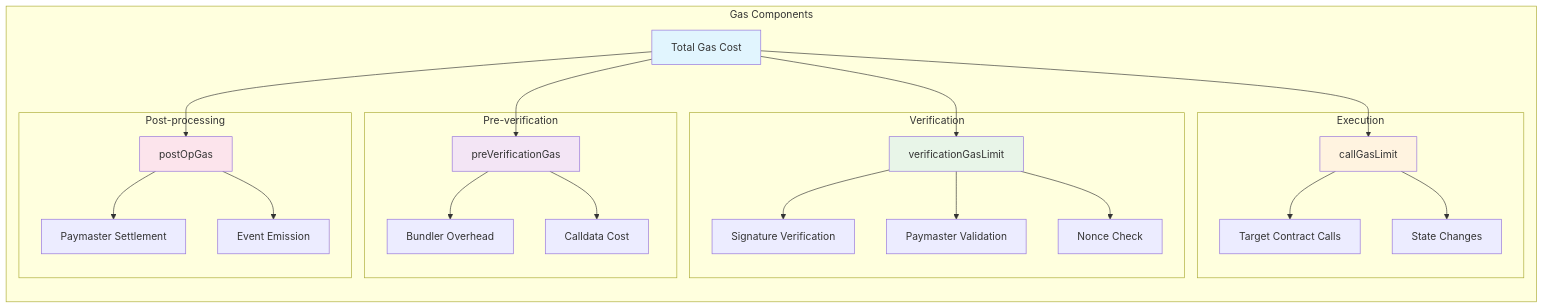
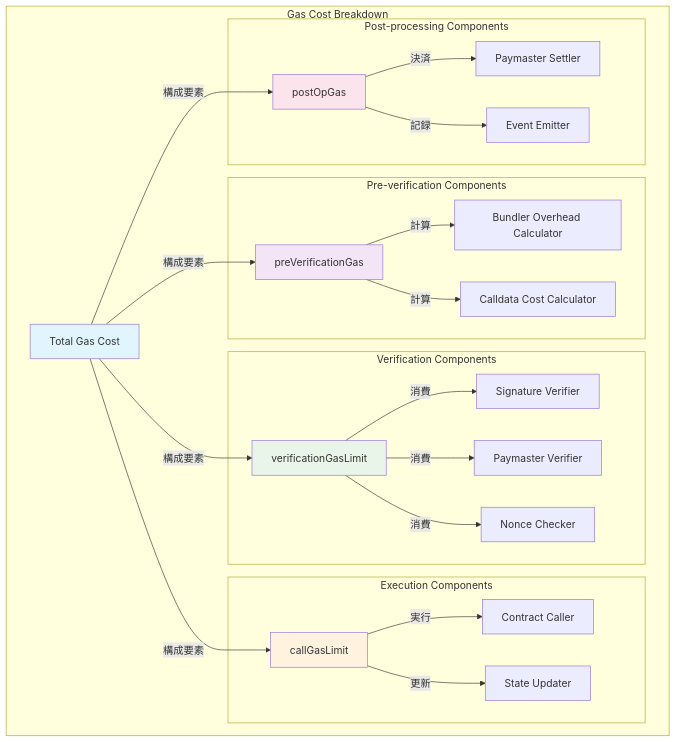
One commit to TMdiesel/dapps changed the fifth of 7 diagrams in aa/.serena/memories/research/aa_components_detailed.md. Above: the diagram before and after it, drawn with Mermaid. The commit also changed other lines of this file and 1 other file, not shown here.

Commit message:
feat: Add Mermaid design rules and improve Account Abstraction documentation

````diff
--- a/aa/.serena/memories/research/aa_components_detailed.md
+++ b/aa/.serena/memories/research/aa_components_detailed.md
@@ -458,52 +260,55 @@
 ```mermaid
-graph LR
-    subgraph "Gas Components"
-        TOTAL[Total Gas Cost]
+graph TD
+    subgraph "Gas Cost Breakdown"
+        TOTAL_GAS[Total Gas Cost]
         
-        subgraph "Pre-verification"
-            PRE[preVerificationGas]
-            PRE1[Bundler Overhead]
-            PRE2[Calldata Cost]
+        subgraph "Pre-verification Components"
+            PRE_GAS[preVerificationGas]
+            BUNDLER_OVERHEAD[Bundler Overhead Calculator]
+            CALLDATA_COST[Calldata Cost Calculator]
         end
         
-        subgraph "Verification"
-            VER[verificationGasLimit]
-            VER1[Signature Verification]
-            VER2[Paymaster Validation]
-            VER3[Nonce Check]
+        subgraph "Verification Components"
+            VER_GAS[verificationGasLimit]
+            SIG_VERIFIER_GAS[Signature Verifier]
+            PAYMASTER_VERIFIER[Paymaster Verifier]
+            NONCE_CHECKER[Nonce Checker]
         end
         
-        subgraph "Execution"
-            CALL[callGasLimit]
-            CALL1[Target Contract Calls]
-            CALL2[State Changes]
+        subgraph "Execution Components"
+            CALL_GAS[callGasLimit]
+            CONTRACT_CALLER[Contract Caller]
+            STATE_UPDATER[State Updater]
         end
         
-        subgraph "Post-processing"
-            POST[postOpGas]
-            POST1[Paymaster Settlement]
-            POST2[Event Emission]
+        subgraph "Post-processing Components"
+            POST_GAS[postOpGas]
+            PAYMASTER_SETTLER[Paymaster Settler]
+            EVENT_EMITTER[Event Emitter]
         end
     end
     
-    TOTAL --> PRE
-    TOTAL --> VER  
-    TOTAL --> CALL
-    TOTAL --> POST
+    TOTAL_GAS -->|構成要素| PRE_GAS
+    TOTAL_GAS -->|構成要素| VER_GAS
+    TOTAL_GAS -->|構成要素| CALL_GAS
+    TOTAL_GAS -->|構成要素| POST_GAS
     
-    PRE --> PRE1
-    PRE --> PRE2
-    VER --> VER1
-    VER --> VER2
-    VER --> VER3
-    CALL --> CALL1
-    CALL --> CALL2
-    POST --> POST1
-    POST --> POST2
+    PRE_GAS -->|計算| BUNDLER_OVERHEAD
+    PRE_GAS -->|計算| CALLDATA_COST
     
-    style TOTAL fill:#e1f5fe
-    style PRE fill:#f3e5f5
-    style VER fill:#e8f5e8
-    style CALL fill:#fff3e0
-    style POST fill:#fce4ec
+    VER_GAS -->|消費| SIG_VERIFIER_GAS
+    VER_GAS -->|消費| PAYMASTER_VERIFIER
+    VER_GAS -->|消費| NONCE_CHECKER
+    
+    CALL_GAS -->|実行| CONTRACT_CALLER
+    CALL_GAS -->|更新| STATE_UPDATER
+    
+    POST_GAS -->|決済| PAYMASTER_SETTLER
+    POST_GAS -->|記録| EVENT_EMITTER
+    
+    style TOTAL_GAS fill:#e1f5fe
+    style PRE_GAS fill:#f3e5f5
+    style VER_GAS fill:#e8f5e8
+    style CALL_GAS fill:#fff3e0
+    style POST_GAS fill:#fce4ec
 ```
````
